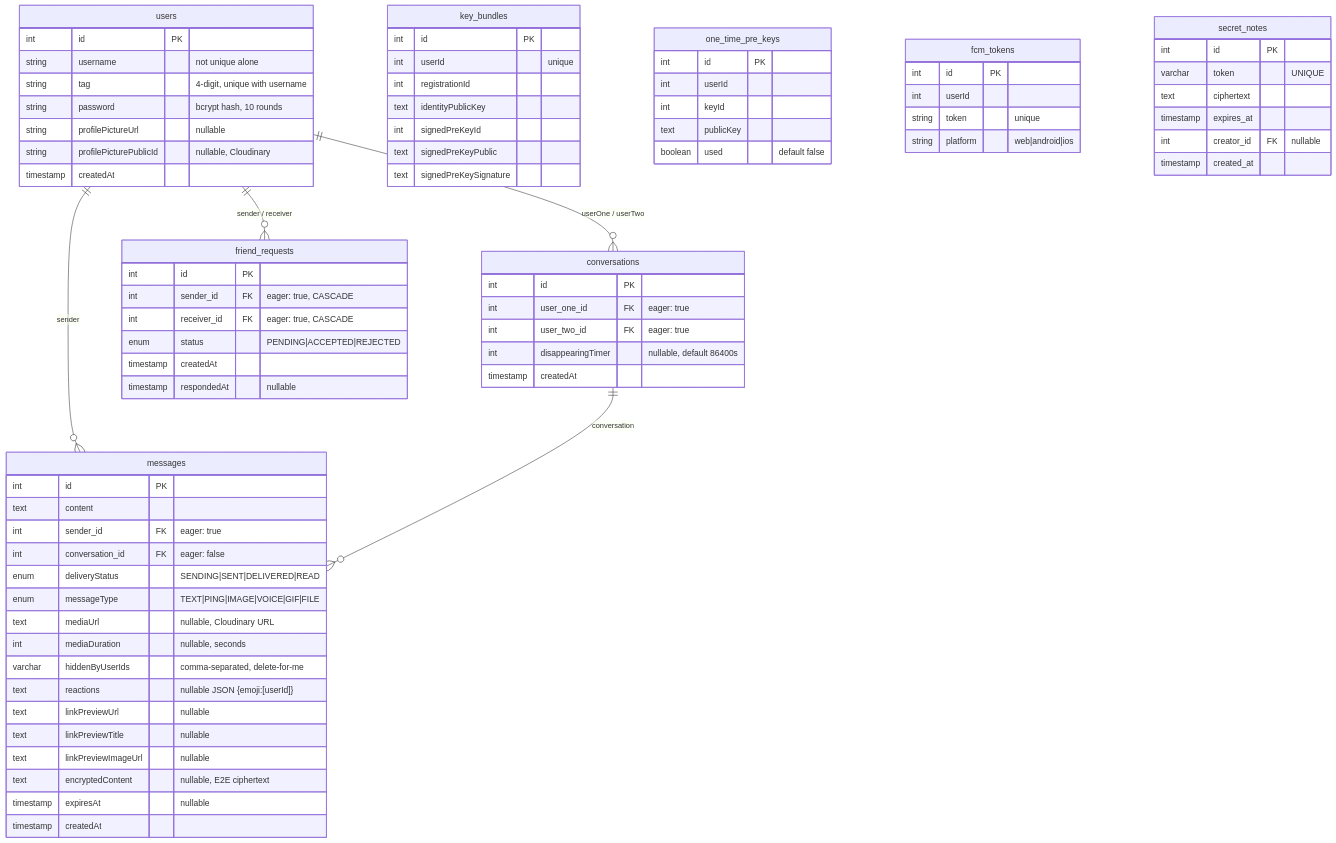
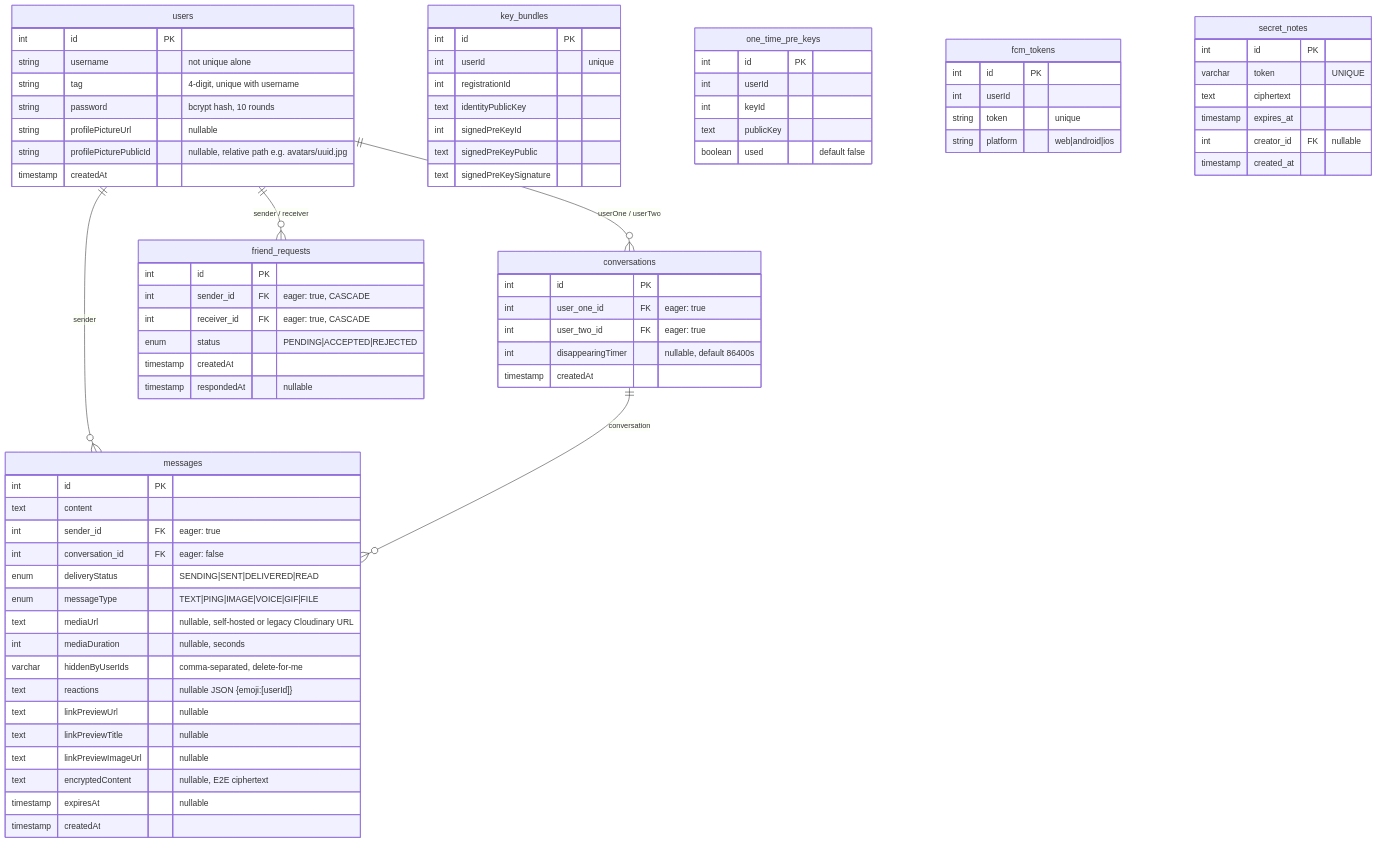
One commit to Lentach/Fireplace changed the second of 2 diagrams in CLAUDE.md. Above: the diagram before and after it, drawn with Mermaid. The commit also changed other lines of this file and 19 other files, not shown here.

```diff
--- a/CLAUDE.md
+++ b/CLAUDE.md
@@ -198,7 +201,7 @@
         string tag "4-digit, unique with username"
         string password "bcrypt hash, 10 rounds"
         string profilePictureUrl "nullable"
-        string profilePicturePublicId "nullable, Cloudinary"
+        string profilePicturePublicId "nullable, relative path e.g. avatars/uuid.jpg"
         timestamp createdAt
     }
 
@@ -217,7 +220,7 @@
         int conversation_id FK "eager: false"
         enum deliveryStatus "SENDING|SENT|DELIVERED|READ"
         enum messageType "TEXT|PING|IMAGE|VOICE|GIF|FILE"
-        text mediaUrl "nullable, Cloudinary URL"
+        text mediaUrl "nullable, self-hosted or legacy Cloudinary URL"
         int mediaDuration "nullable, seconds"
         varchar hiddenByUserIds "comma-separated, delete-for-me"
         text reactions "nullable JSON {emoji:[userId]}"
```
